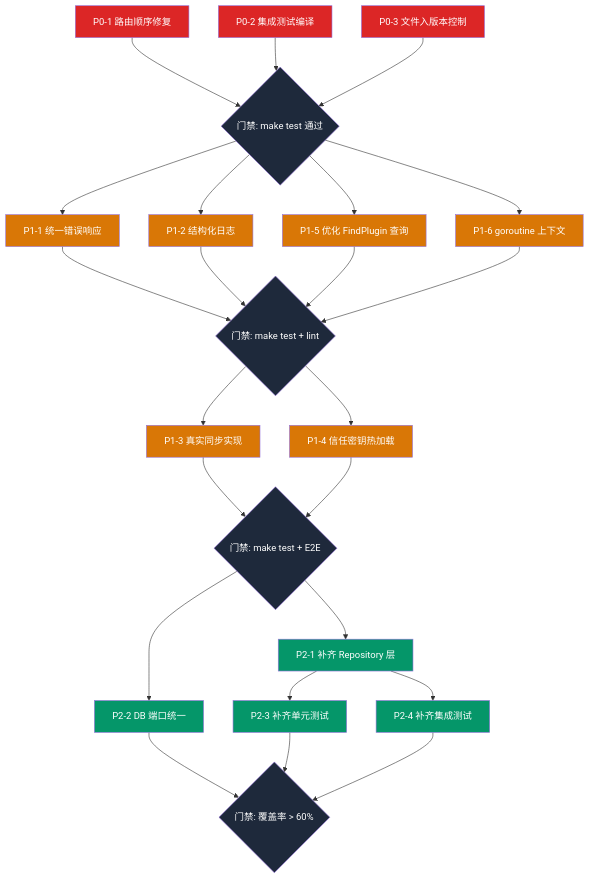
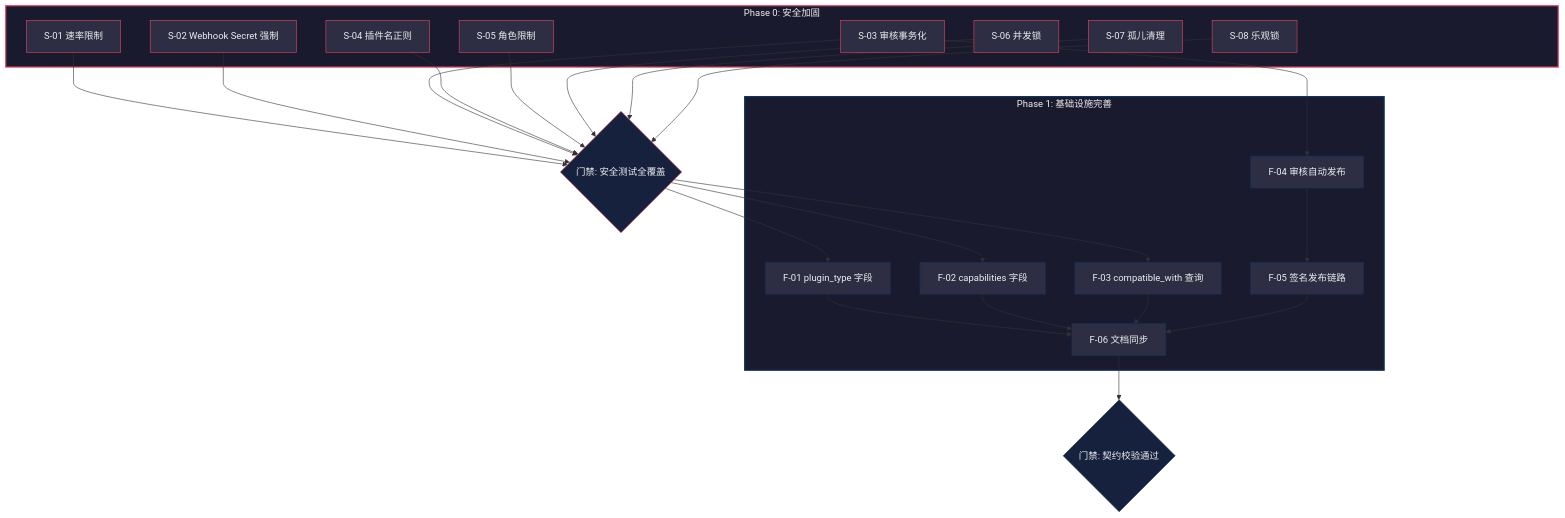
The diagram in docs/FIX-PLAN-AND-CHECKLIST.md (IanShaw027/sub2api-plugin-market), drawn with Mermaid before and after one commit. The commit also changed other lines of this file and 17 other files, not shown here.

First line of the commit message:
security: Phase 0 安全加固 — 8 项安全修复全部完成

````diff
--- a/docs/FIX-PLAN-AND-CHECKLIST.md
+++ b/docs/FIX-PLAN-AND-CHECKLIST.md
@@ -449,61 +359,67 @@
 ```mermaid
 graph TD
-    P0_1["P0-1 路由顺序修复"]
-    P0_2["P0-2 集成测试编译"]
-    P0_3["P0-3 文件入版本控制"]
-    GATE1{"门禁: make test 通过"}
+    subgraph Phase_0["Phase 0: 安全加固"]
+        S01["S-01 速率限制"]
+        S02["S-02 Webhook Secret 强制"]
+        S03["S-03 审核事务化"]
+        S04["S-04 插件名正则"]
+        S05["S-05 角色限制"]
+        S06["S-06 并发锁"]
+        S07["S-07 孤儿清理"]
+        S08["S-08 乐观锁"]
+    end
 
-    P1_1["P1-1 统一错误响应"]
-    P1_2["P1-2 结构化日志"]
-    P1_5["P1-5 优化 FindPlugin 查询"]
-    P1_6["P1-6 goroutine 上下文"]
-    GATE2{"门禁: make test + lint"}
+    GATE_P0{"门禁: 安全测试全覆盖"}
 
-    P1_3["P1-3 真实同步实现"]
-    P1_4["P1-4 信任密钥热加载"]
-    GATE3{"门禁: make test + E2E"}
+    subgraph Phase_1["Phase 1: 基础设施完善"]
+        F01["F-01 plugin_type 字段"]
+        F02["F-02 capabilities 字段"]
+        F03["F-03 compatible_with 查询"]
+        F04["F-04 审核自动发布"]
+        F05["F-05 签名发布链路"]
+        F06["F-06 文档同步"]
+    end
 
-    P2_1["P2-1 补齐 Repository 层"]
-    P2_2["P2-2 DB 端口统一"]
-    P2_3["P2-3 补齐单元测试"]
-    P2_4["P2-4 补齐集成测试"]
-    GATE4{"门禁: 覆盖率 > 60%"}
+    GATE_P1{"门禁: 契约校验通过"}
 
-    P0_1 --> GATE1
-    P0_2 --> GATE1
-    P0_3 --> GATE1
+    S01 --> GATE_P0
+    S02 --> GATE_P0
+    S03 --> GATE_P0
+    S04 --> GATE_P0
+    S05 --> GATE_P0
+    S06 --> GATE_P0
+    S07 --> GATE_P0
+    S08 --> GATE_P0
 
-    GATE1 --> P1_1
-    GATE1 --> P1_2
-    GATE1 --> P1_5
-    GATE1 --> P1_6
-    P1_1 & P1_2 & P1_5 & P1_6 --> GATE2
+    GATE_P0 --> F01
+    GATE_P0 --> F02
+    GATE_P0 --> F03
 
-    GATE2 --> P1_3
-    GATE2 --> P1_4
-    P1_3 & P1_4 --> GATE3
+    S03 --> F04
+    F04 --> F05
+    F01 --> F06
+    F02 --> F06
+    F03 --> F06
+    F05 --> F06
 
-    GATE3 --> P2_1
-    GATE3 --> P2_2
-    P2_1 --> P2_3
-    P2_1 --> P2_4
-    P2_2 & P2_3 & P2_4 --> GATE4
+    F06 --> GATE_P1
 
-    style P0_1 fill:#dc2626,color:#fff
-    style P0_2 fill:#dc2626,color:#fff
-    style P0_3 fill:#dc2626,color:#fff
-    style P1_1 fill:#d97706,color:#fff
-    style P1_2 fill:#d97706,color:#fff
-    style P1_3 fill:#d97706,color:#fff
-    style P1_4 fill:#d97706,color:#fff
-    style P1_5 fill:#d97706,color:#fff
-    style P1_6 fill:#d97706,color:#fff
-    style P2_1 fill:#059669,color:#fff
-    style P2_2 fill:#059669,color:#fff
-    style P2_3 fill:#059669,color:#fff
-    style P2_4 fill:#059669,color:#fff
-    style GATE1 fill:#1e293b,color:#fff
-    style GATE2 fill:#1e293b,color:#fff
-    style GATE3 fill:#1e293b,color:#fff
-    style GATE4 fill:#1e293b,color:#fff
+    style Phase_0 fill:#1a1a2e,stroke:#e94560,stroke-width:2px,color:#eee
+    style Phase_1 fill:#1a1a2e,stroke:#0f3460,stroke-width:2px,color:#eee
+    style GATE_P0 fill:#16213e,stroke:#e94560,color:#eee
+    style GATE_P1 fill:#16213e,stroke:#0f3460,color:#eee
+    style S01 fill:#2d2d44,stroke:#e94560,color:#eee
+    style S02 fill:#2d2d44,stroke:#e94560,color:#eee
+    style S03 fill:#2d2d44,stroke:#e94560,color:#eee
+    style S04 fill:#2d2d44,stroke:#e94560,color:#eee
+    style S05 fill:#2d2d44,stroke:#e94560,color:#eee
+    style S06 fill:#2d2d44,stroke:#e94560,color:#eee
+    style S07 fill:#2d2d44,stroke:#e94560,color:#eee
+    style S08 fill:#2d2d44,stroke:#e94560,color:#eee
+    style F01 fill:#2d2d44,stroke:#0f3460,color:#eee
+    style F02 fill:#2d2d44,stroke:#0f3460,color:#eee
+    style F03 fill:#2d2d44,stroke:#0f3460,color:#eee
+    style F04 fill:#2d2d44,stroke:#0f3460,color:#eee
+    style F05 fill:#2d2d44,stroke:#0f3460,color:#eee
+    style F06 fill:#2d2d44,stroke:#0f3460,color:#eee
 ```
````
